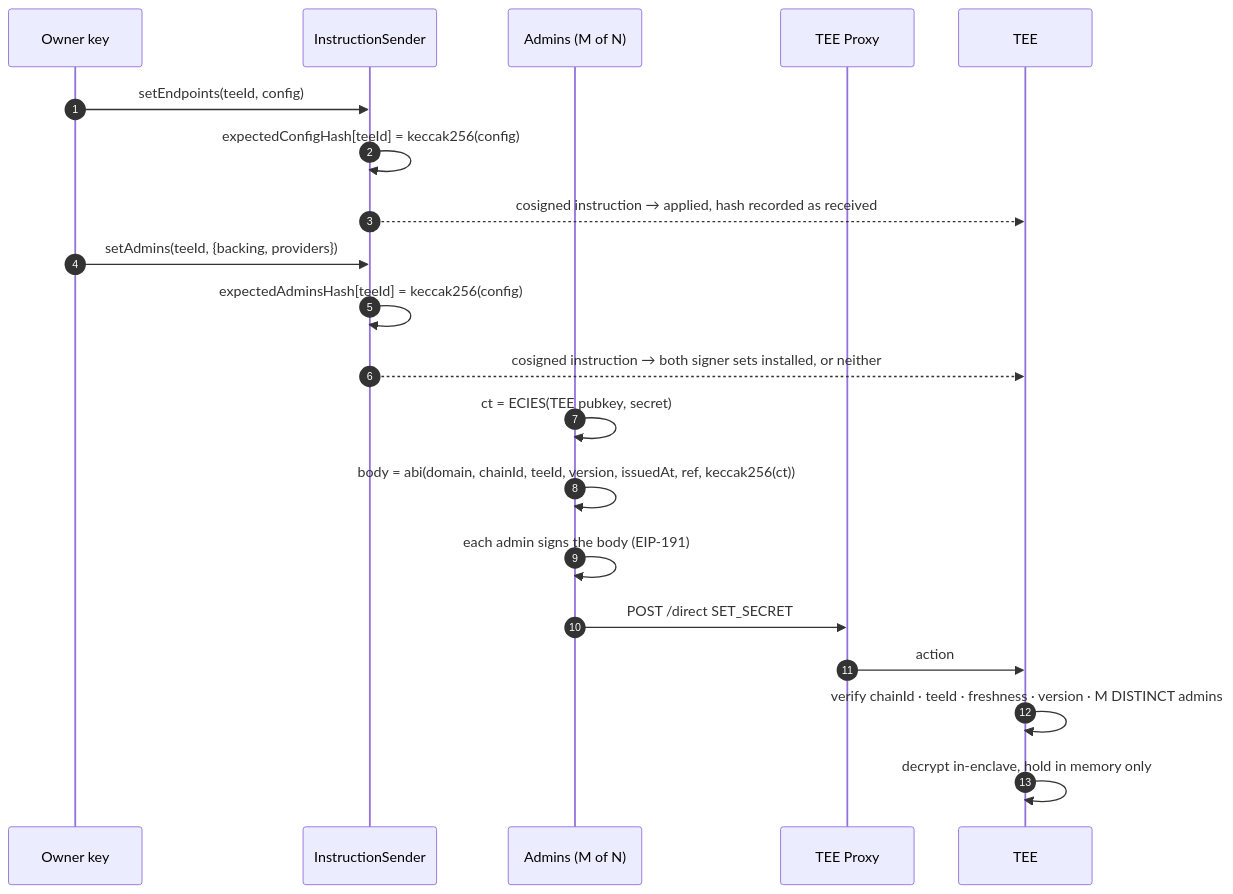
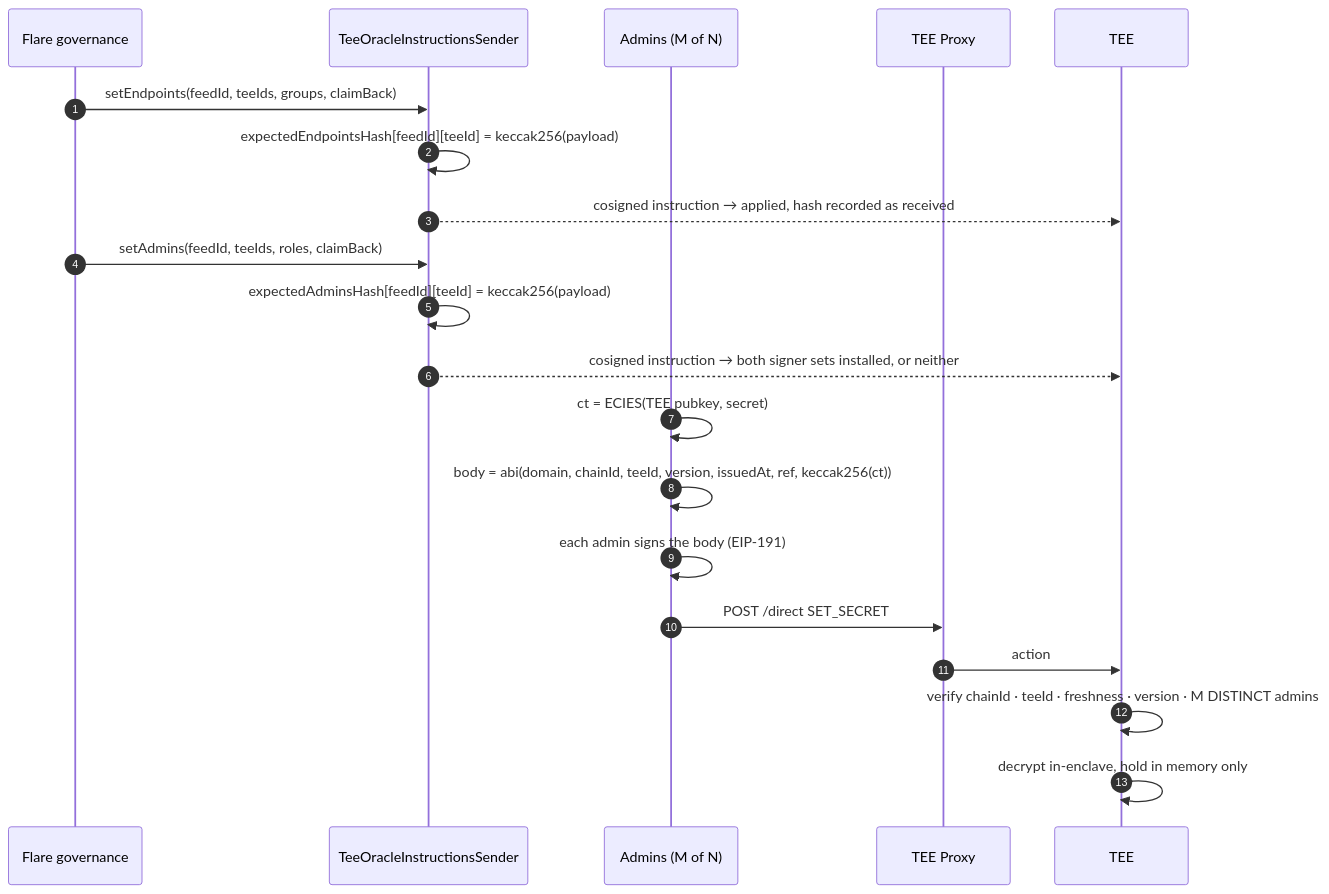
One commit to flare-foundation/fce-usdx-oracle changed the fourth of 4 diagrams in README.md. Above: the diagram before and after it, drawn with Mermaid. The commit also changed other lines of this file and 70 other files, not shown here.

First line of the commit message:
Resync the docs with the upstream deployment flow

````diff
--- a/README.md
+++ b/README.md
@@ -162,22 +173,22 @@
 ```mermaid
 sequenceDiagram
   autonumber
-  participant O as Owner key
-  participant IS as InstructionSender
+  participant G as Flare governance
+  participant IS as TeeOracleInstructionsSender
   participant A as Admins (M of N)
   participant P as TEE Proxy
   participant T as TEE
-  O->>IS: setEndpoints(teeId, config)
-  IS->>IS: expectedConfigHash[teeId] = keccak256(config)
+  G->>IS: setEndpoints(feedId, teeIds, groups, claimBack)
+  IS->>IS: expectedEndpointsHash[feedId][teeId] = keccak256(payload)
   IS-->>T: cosigned instruction → applied, hash recorded as received
-  O->>IS: setAdmins(teeId, {backing, providers})
-  IS->>IS: expectedAdminsHash[teeId] = keccak256(config)
+  G->>IS: setAdmins(feedId, teeIds, roles, claimBack)
+  IS->>IS: expectedAdminsHash[feedId][teeId] = keccak256(payload)
   IS-->>T: cosigned instruction → both signer sets installed, or neither
   A->>A: ct = ECIES(TEE pubkey, secret)
   A->>A: body = abi(domain, chainId, teeId, version, issuedAt, ref, keccak256(ct))
   A->>A: each admin signs the body (EIP-191)
   A->>P: POST /direct SET_SECRET
   P->>T: action
   T->>T: verify chainId · teeId · freshness · version · M DISTINCT admins
   T->>T: decrypt in-enclave, hold in memory only
 ```
````
